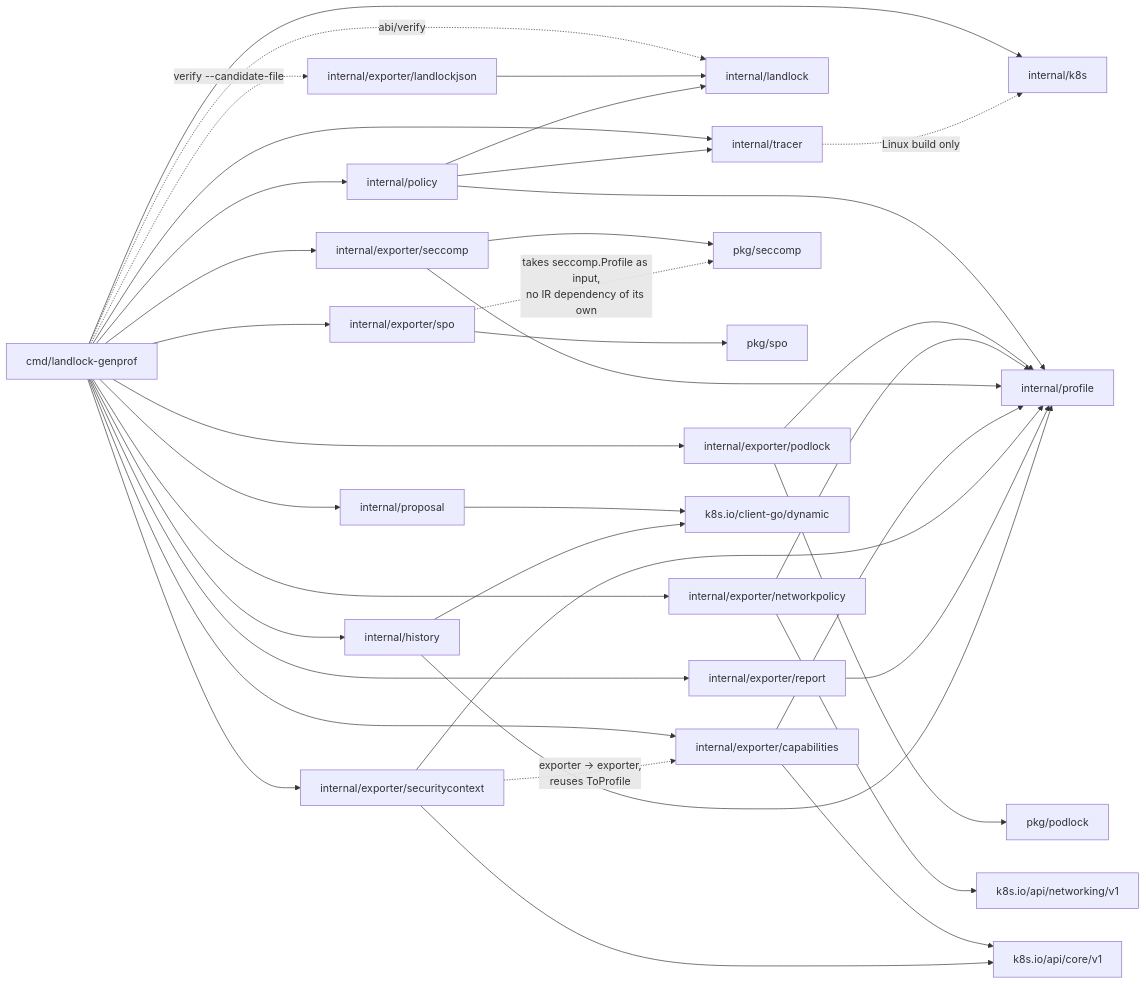
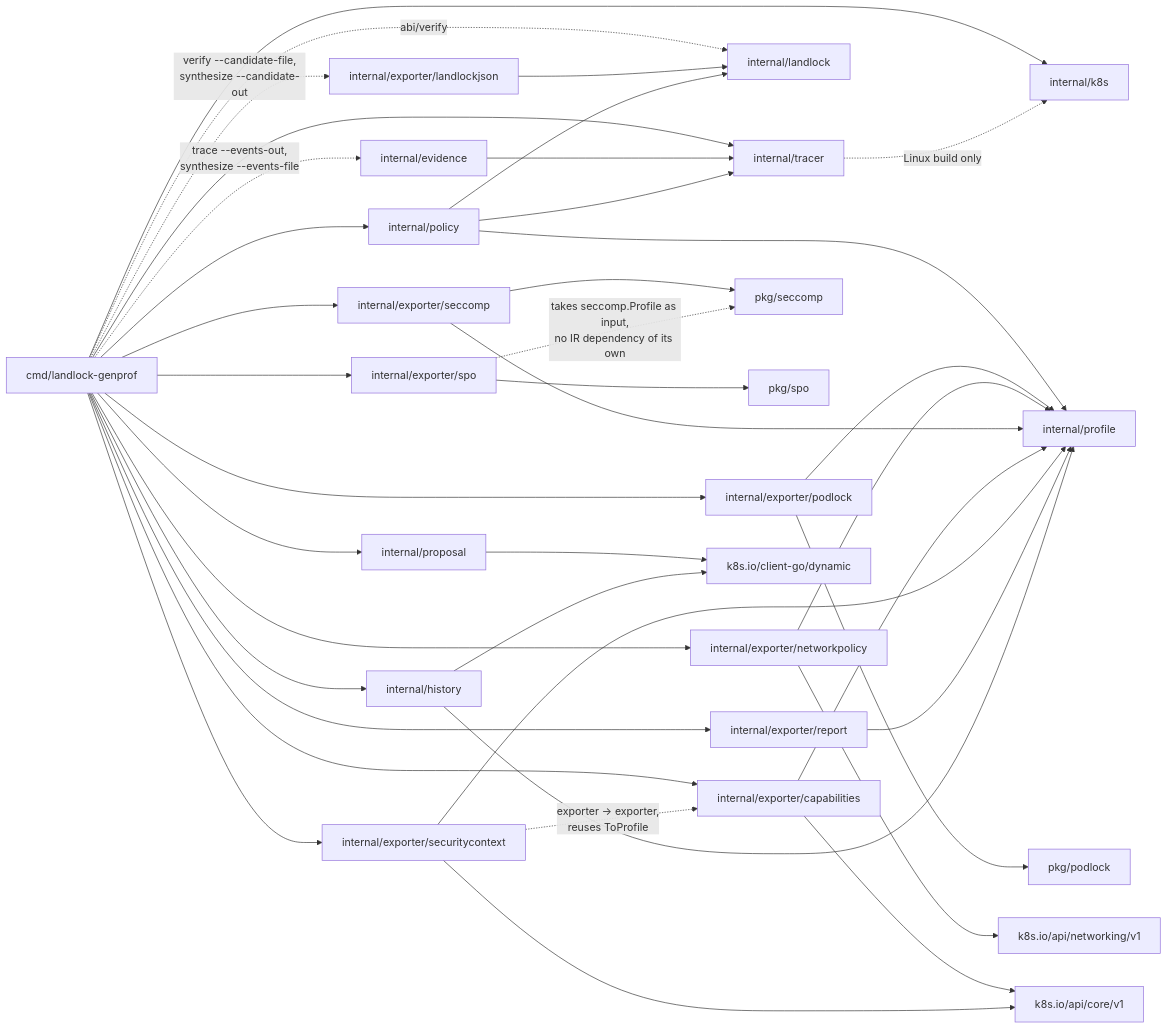
Before and after one commit to idriss-eliguene/landlock-genprof: the diagram in docs/packages.md, drawn with Mermaid. The commit also changed other lines of this file and 2 other files, not shown here.

First line of the commit message:
docs: mark the command-surface gap closed by evidence/synthesize

````diff
--- a/docs/packages.md
+++ b/docs/packages.md
@@ -8,62 +8,65 @@
 ```mermaid
 flowchart LR
     cmd["cmd/landlock-genprof"]
     k8s["internal/k8s"]
     tracer["internal/tracer"]
     policy["internal/policy"]
     landlock["internal/landlock"]
     ir["internal/profile"]
     exporter["internal/exporter/podlock"]
     podlock["pkg/podlock"]
     netexporter["internal/exporter/networkpolicy"]
     netpolicyapi["k8s.io/api/networking/v1"]
     seccompexporter["internal/exporter/seccomp"]
     seccomppkg["pkg/seccomp"]
     spoexporter["internal/exporter/spo"]
     spopkg["pkg/spo"]
     capexporter["internal/exporter/capabilities"]
     corev1api["k8s.io/api/core/v1"]
     scexporter["internal/exporter/securitycontext"]
     reportexporter["internal/exporter/report"]
     proposalpkg["internal/proposal"]
     history["internal/history"]
     dynamicclient["k8s.io/client-go/dynamic"]
     landlockjson["internal/exporter/landlockjson"]
+    evidence["internal/evidence"]
 
     cmd --> k8s
     cmd --> tracer
     cmd --> policy
     cmd --> exporter
     cmd --> netexporter
     cmd --> seccompexporter
     cmd --> spoexporter
     cmd --> capexporter
     cmd --> scexporter
     cmd --> reportexporter
     cmd --> proposalpkg
     cmd --> history
     cmd -. "abi/verify" .-> landlock
-    cmd -. "verify --candidate-file" .-> landlockjson
+    cmd -. "verify --candidate-file,<br/>synthesize --candidate-out" .-> landlockjson
+    cmd -. "trace --events-out,<br/>synthesize --events-file" .-> evidence
     landlockjson --> landlock
+    evidence --> tracer
     policy --> tracer
     policy --> ir
     policy --> landlock
     exporter --> ir
     exporter --> podlock
     netexporter --> ir
     netexporter --> netpolicyapi
     seccompexporter --> ir
     seccompexporter --> seccomppkg
     spoexporter --> spopkg
     spoexporter -. "takes seccomp.Profile as input,<br/>no IR dependency of its own" .-> seccomppkg
     capexporter --> ir
     capexporter --> corev1api
     scexporter --> ir
     scexporter --> corev1api
     scexporter -. "exporter -> exporter,<br/>reuses ToProfile" .-> capexporter
     reportexporter --> ir
     proposalpkg --> dynamicclient
     history --> ir
     history --> dynamicclient
     tracer -. "Linux build only" .-> k8s
 ```
````
